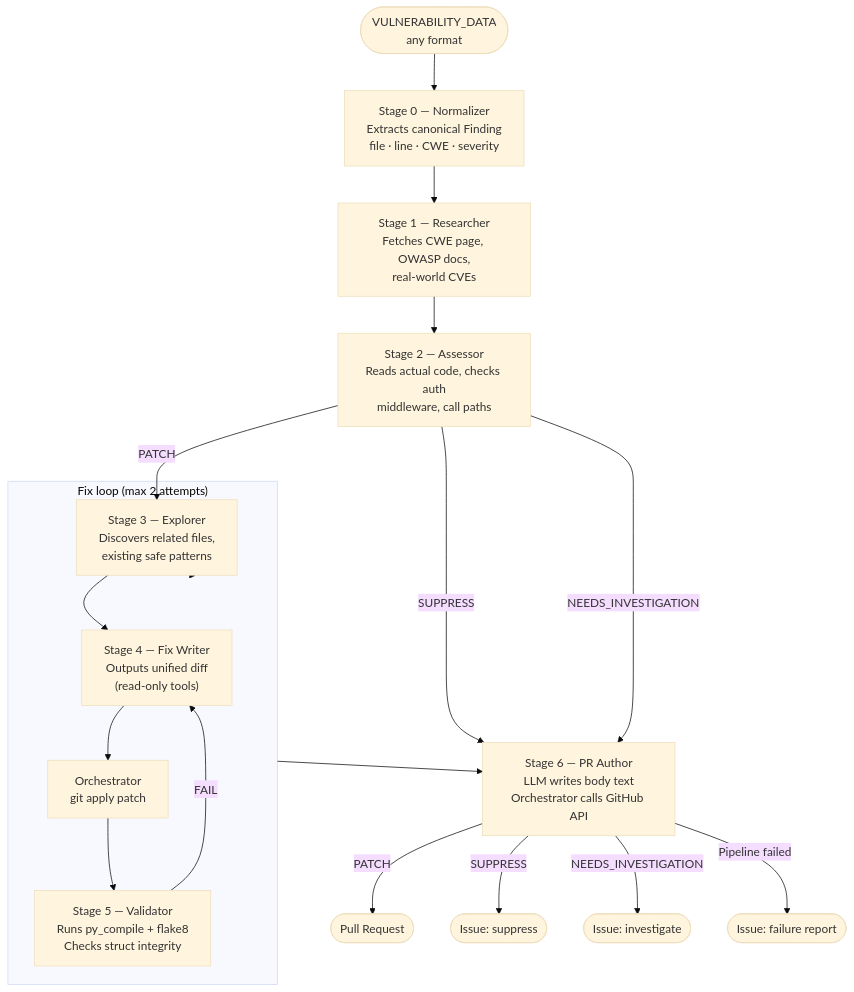
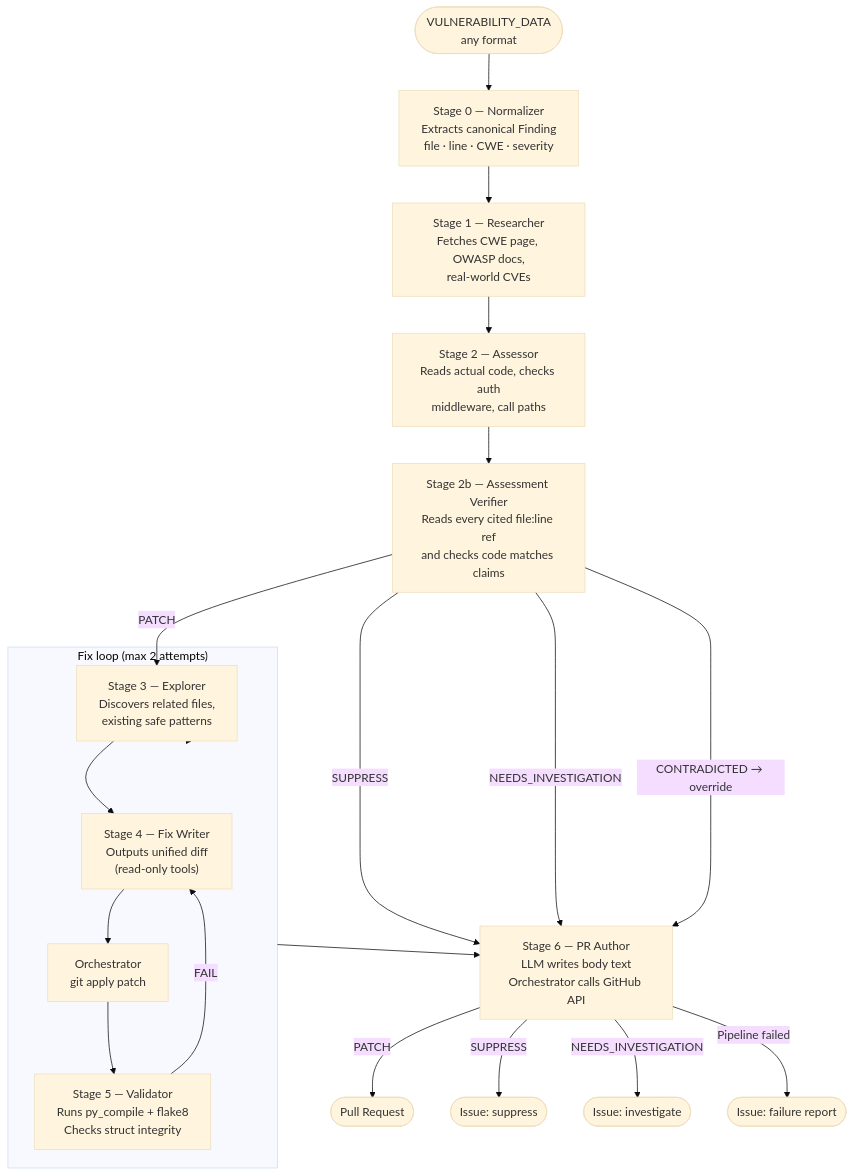
Before and after one commit to adzerk/auto-security-patch: the diagram in README.md, drawn with Mermaid (base theme). The commit also changed other lines of this file and 4 other files, not shown here.

````diff
--- a/README.md
+++ b/README.md
@@ -9,32 +9,34 @@
 ```mermaid
 flowchart TD
     Input([VULNERABILITY_DATA\nany format]) --> S0
 
     S0["Stage 0 — Normalizer\nExtracts canonical Finding\nfile · line · CWE · severity"]
     S1["Stage 1 — Researcher\nFetches CWE page, OWASP docs,\nreal-world CVEs"]
     S2["Stage 2 — Assessor\nReads actual code, checks auth\nmiddleware, call paths"]
+    S2b["Stage 2b — Assessment Verifier\nReads every cited file:line ref\nand checks code matches claims"]
 
-    S0 --> S1 --> S2
+    S0 --> S1 --> S2 --> S2b
 
-    S2 -->|SUPPRESS| S6
-    S2 -->|NEEDS_INVESTIGATION| S6
-    S2 -->|PATCH| S3
+    S2b -->|SUPPRESS| S6
+    S2b -->|NEEDS_INVESTIGATION| S6
+    S2b -->|CONTRADICTED → override| S6
+    S2b -->|PATCH| S3
 
     subgraph fix ["Fix loop (max 2 attempts)"]
         S3["Stage 3 — Explorer\nDiscovers related files,\nexisting safe patterns"] --> S4
         S4["Stage 4 — Fix Writer\nOutputs unified diff\n(read-only tools)"] --> Apply
         Apply["Orchestrator\ngit apply patch"] --> S5
         S5["Stage 5 — Validator\nRuns py_compile + flake8\nChecks struct integrity"]
         S5 -->|FAIL| S4
     end
 
     S3 -.-> fix
     fix --> S6
 
     S6["Stage 6 — PR Author\nLLM writes body text\nOrchestrator calls GitHub API"]
 
     S6 -->|PATCH| PR([Pull Request])
     S6 -->|SUPPRESS| Issue1([Issue: suppress])
     S6 -->|NEEDS_INVESTIGATION| Issue2([Issue: investigate])
     S6 -->|Pipeline failed| Issue3([Issue: failure report])
 ```
````
